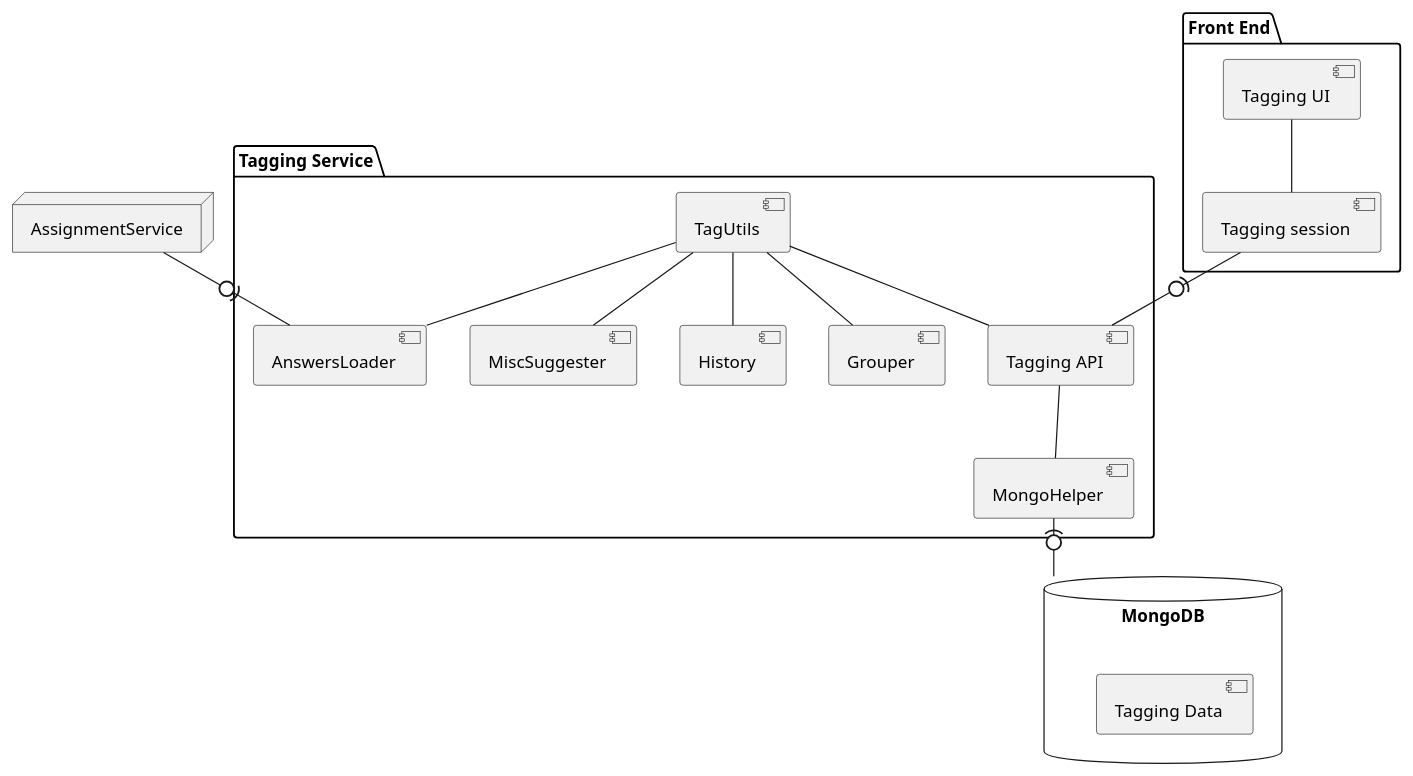
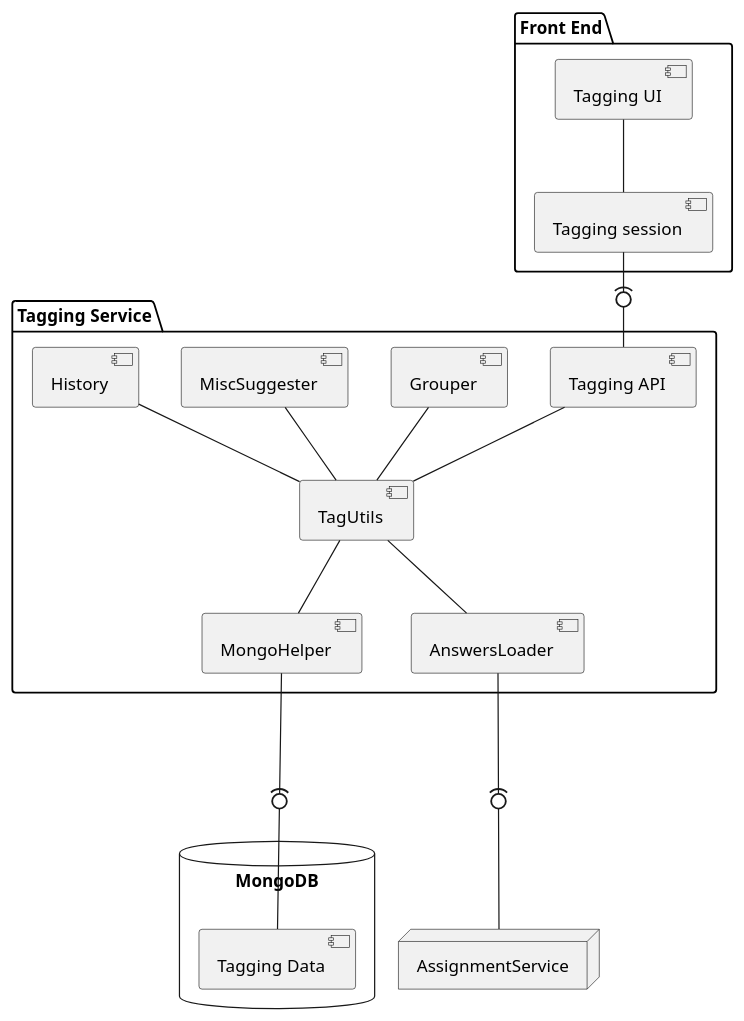
The diagram in model/architecture.puml (LuCEresearchlab/python-react-tagging-standalone), drawn with PlantUML before and after one commit. The commit also changed 8 other files, not shown here.

```diff
--- a/model/architecture.puml
+++ b/model/architecture.puml
@@ -1,39 +1,43 @@
 @startuml
 
 
-database "MongoDB\n" as D {
-    [Tagging Data]
+database "MongoDB\n" {
+    [Tagging Data] as D
 }
 
-node "AssignmentService" as AS
-
-package "Tagging Service" {
+package "Tagging Service" as TService {
     [Tagging API] as TAPI
     [Grouper] as G
     [TagUtils] as TU
     [MongoHelper] as MH
     [MiscSuggester] as MS
     [History] as H
     [AnswersLoader] as AL
 
-    TAPI -- MH
+    TAPI -- TU
 
-    TU -- G
-    TU -- MS
-    TU -- H
+    G -- TU
+    MS -- TU
+    H -- TU
     TU -- AL
-    TU -- TAPI
-
-    MH -(0- D
-    AS -0)- AL
+    TU -- MH
 }
 
 package "Front End" {
     [Tagging UI] as tui
     [Tagging session] as ts
+
     tui -- ts
-    ts -(0- TAPI
 }
+
+node "AssignmentService" as AS
+
+MH --(0-- D
+
+AL --(0-- AS
+
+
+ts -(0- TAPI
 
 
 @enduml
```
